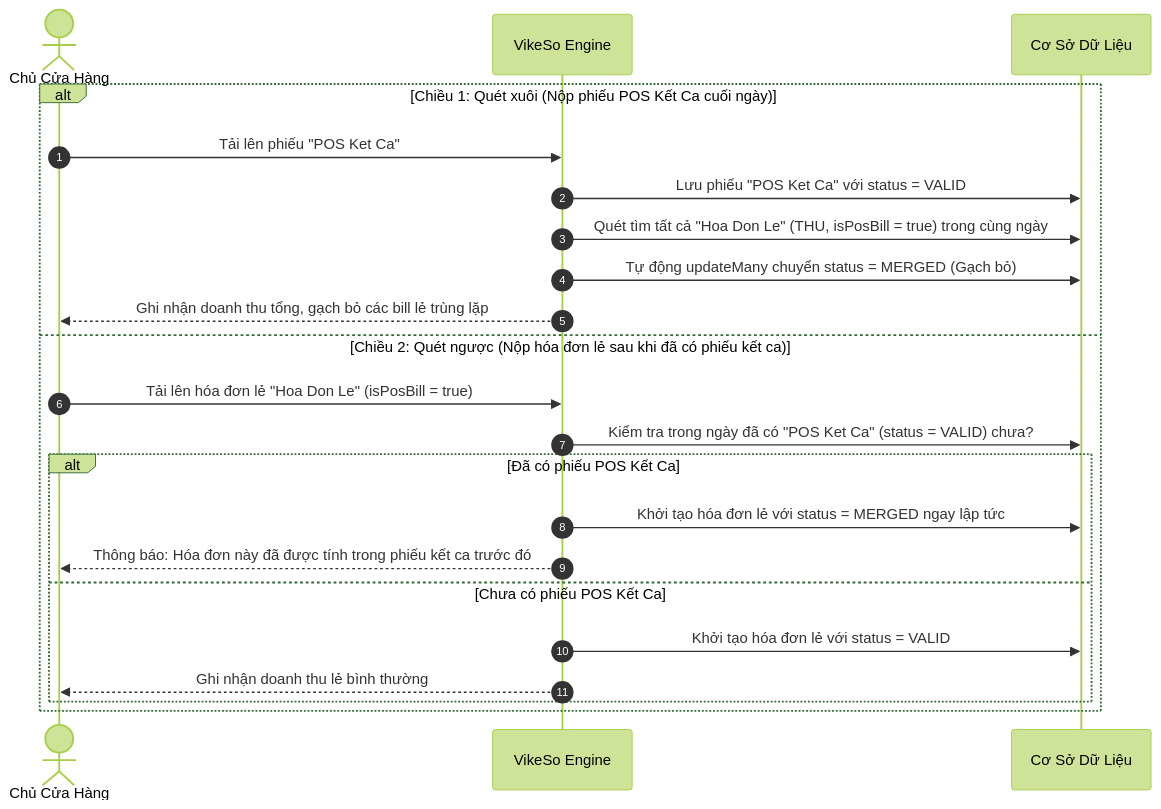
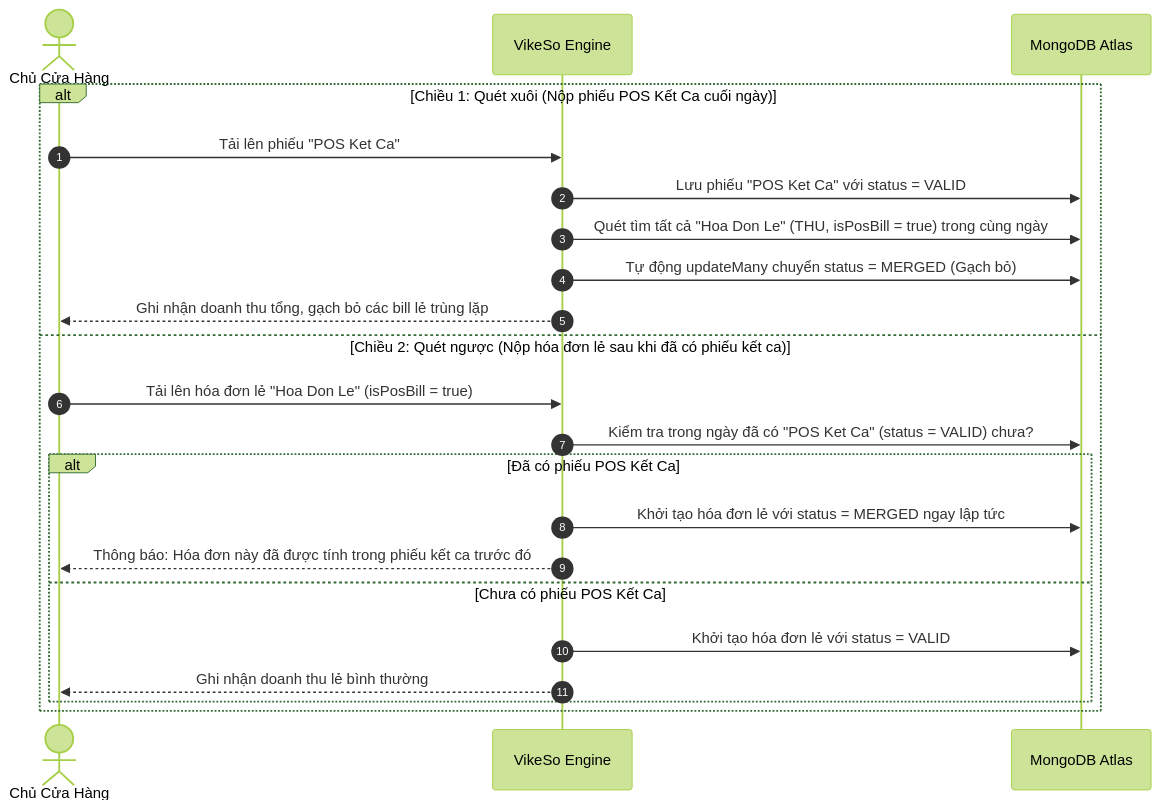
Before and after one commit to quochuy130725/Vikeso-Cash-Flow-Assistant-app: the fourth of 4 diagrams in design.md, drawn with Mermaid (forest theme). The commit also changed other lines of this file and 55 other files, not shown here.

````diff
--- a/design.md
+++ b/design.md
@@ -165,25 +253,25 @@
 ```mermaid
 sequenceDiagram
     autonumber
     actor User as Chủ Cửa Hàng
     participant System as VikeSo Engine
-    participant DB as Cơ Sở Dữ Liệu
+    participant DB as MongoDB Atlas
 
     alt Chiều 1: Quét xuôi (Nộp phiếu POS Kết Ca cuối ngày)
         User->>System: Tải lên phiếu "POS Ket Ca"
         System->>DB: Lưu phiếu "POS Ket Ca" với status = VALID
         System->>DB: Quét tìm tất cả "Hoa Don Le" (THU, isPosBill = true) trong cùng ngày
         System->>DB: Tự động updateMany chuyển status = MERGED (Gạch bỏ)
         System-->>User: Ghi nhận doanh thu tổng, gạch bỏ các bill lẻ trùng lặp
     else Chiều 2: Quét ngược (Nộp hóa đơn lẻ sau khi đã có phiếu kết ca)
         User->>System: Tải lên hóa đơn lẻ "Hoa Don Le" (isPosBill = true)
         System->>DB: Kiểm tra trong ngày đã có "POS Ket Ca" (status = VALID) chưa?
         alt Đã có phiếu POS Kết Ca
             System->>DB: Khởi tạo hóa đơn lẻ với status = MERGED ngay lập tức
             System-->>User: Thông báo: Hóa đơn này đã được tính trong phiếu kết ca trước đó
         else Chưa có phiếu POS Kết Ca
             System->>DB: Khởi tạo hóa đơn lẻ với status = VALID
             System-->>User: Ghi nhận doanh thu lẻ bình thường
         end
     end
 ```
````
